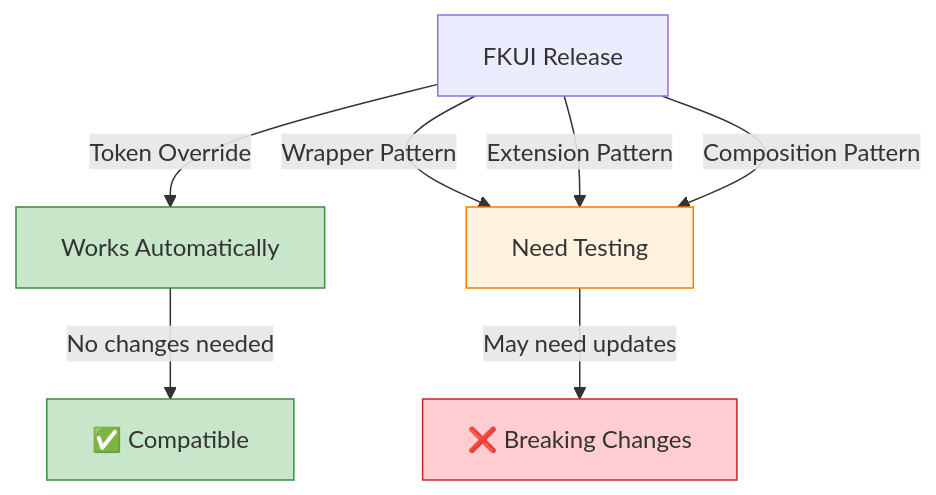
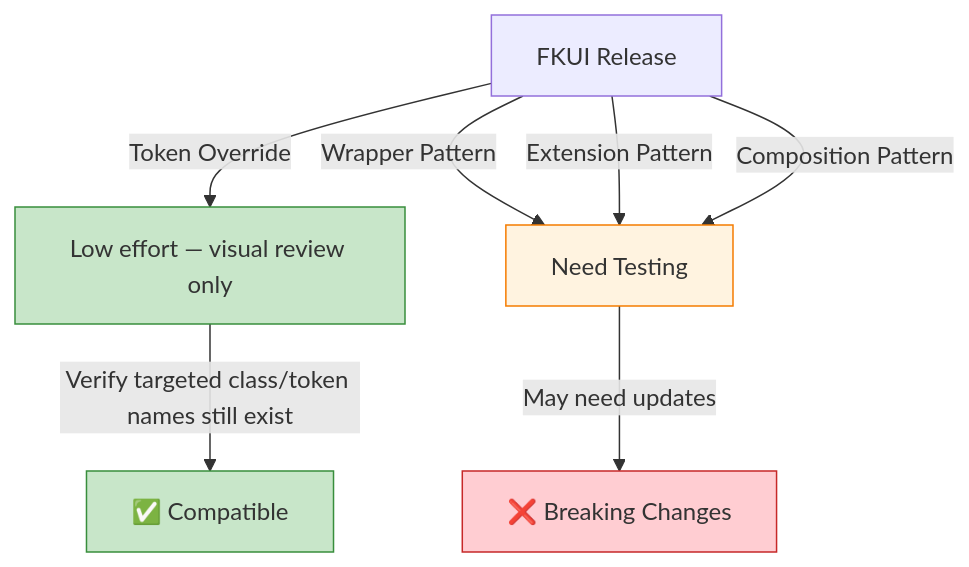
Before and after one commit to pattespatte/ehmds-on-fkui-test: the third of 3 diagrams in docs/architecture/token-override.md, drawn with Mermaid. The commit also changed other lines of this file and 27 other files, not shown here.

````diff
--- a/docs/architecture/token-override.md
+++ b/docs/architecture/token-override.md
@@ -226,15 +223,15 @@
 ```mermaid
 graph TD
-    FKUI_Update[FKUI Release] -->|Token Override| Auto[Works Automatically]
+    FKUI_Update[FKUI Release] -->|Token Override| Review[Low effort — visual review only]
     FKUI_Update -->|Wrapper Pattern| Test[Need Testing]
     FKUI_Update -->|Extension Pattern| Test
     FKUI_Update -->|Composition Pattern| Test
 
-    Auto -->|No changes needed| Success[✅ Compatible]
+    Review -->|Verify targeted class/token names still exist| Success[✅ Compatible]
     Test -->|May need updates| Failure[❌ Breaking Changes]
 
-    style Auto fill:#c8e6c9,stroke:#388e3c
+    style Review fill:#c8e6c9,stroke:#388e3c
     style Test fill:#fff3e0,stroke:#f57c00
     style Success fill:#c8e6c9,stroke:#388e3c
     style Failure fill:#ffcdd2,stroke:#c62828
 ```
````
